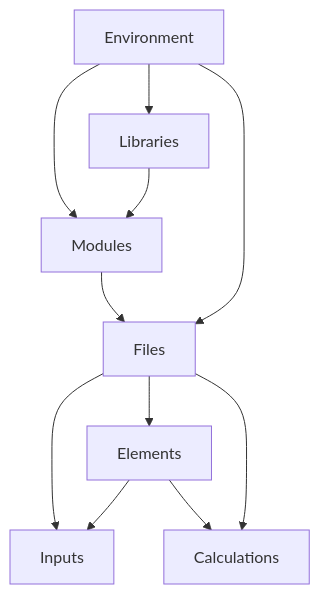
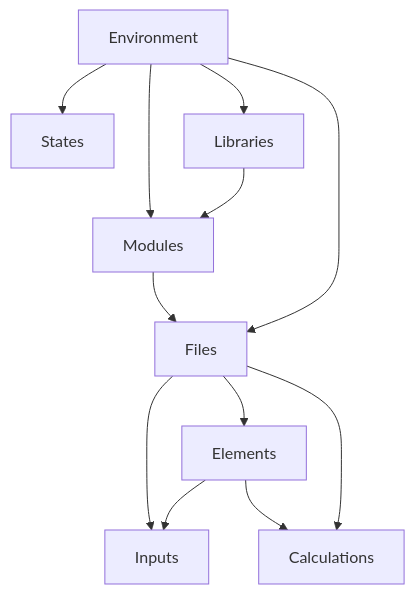
The first of 2 diagrams in docs/dev/architecture.md (sunset-lang/sunset-dotnet), drawn with Mermaid before and after one commit. The commit also changed other lines of this file and 30 other files, not shown here.

````diff
--- a/docs/dev/architecture.md
+++ b/docs/dev/architecture.md
@@ -29,13 +35,14 @@
 ```mermaid
 flowchart TD
+    Environment --> States
     Environment --> Modules
     Environment --> Libraries
     Libraries --> Modules
     Modules --> Files
     Environment --> Files
     Files --> Inputs
     Files --> Elements
     Files --> Calculations
     Elements --> Inputs
     Elements --> Calculations
 ```
````
